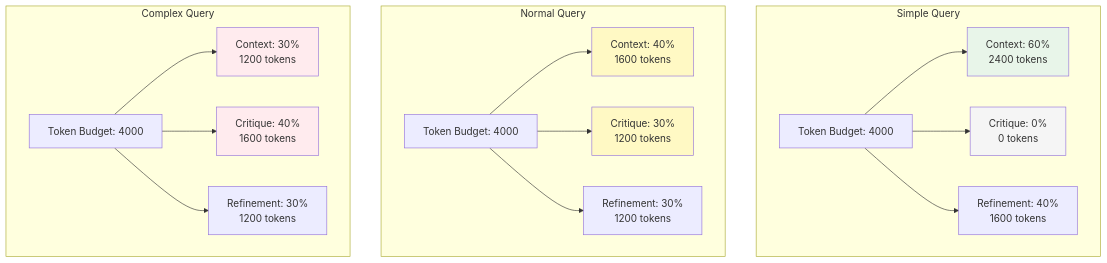
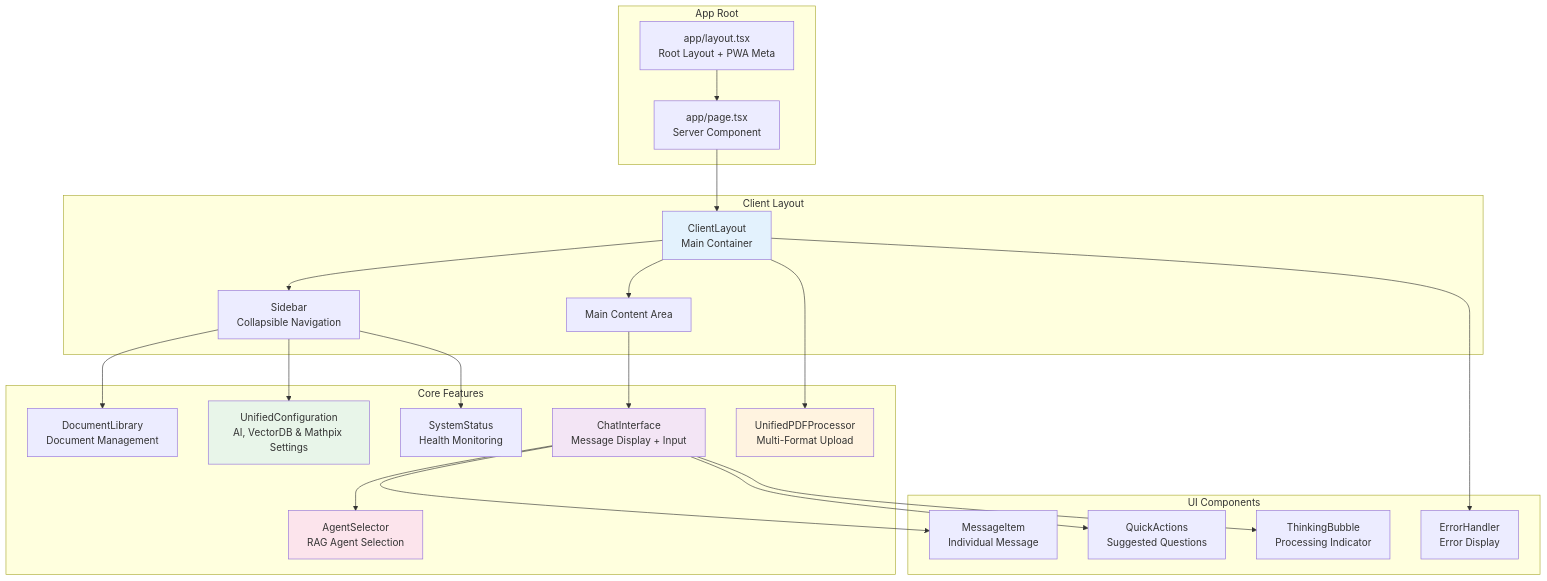
Diagram 14 of 16 in docs/ARCHITECTURE_FLOWS.md (Kedhareswer/QuantumPDF_ChatApp_VectorDB), drawn with Mermaid before and after one commit. The commit also changed other lines of this file and 58 other files, not shown here.

````diff
--- a/docs/ARCHITECTURE_FLOWS.md
+++ b/docs/ARCHITECTURE_FLOWS.md
@@ -588,42 +760,53 @@
 ```mermaid
 graph TB
-    subgraph "Simple Query"
-        S_BUDGET[Token Budget: 4000]
-        S_CONTEXT[Context: 60%<br/>2400 tokens]
-        S_CRITIQUE[Critique: 0%<br/>0 tokens]
-        S_REFINE[Refinement: 40%<br/>1600 tokens]
-
-        S_BUDGET --> S_CONTEXT
-        S_BUDGET --> S_CRITIQUE
-        S_BUDGET --> S_REFINE
+    subgraph "App Root"
+        LAYOUT[app/layout.tsx<br/>Root Layout + PWA Meta]
+        PAGE[app/page.tsx<br/>Server Component]
     end
 
-    subgraph "Normal Query"
-        N_BUDGET[Token Budget: 4000]
-        N_CONTEXT[Context: 40%<br/>1600 tokens]
-        N_CRITIQUE[Critique: 30%<br/>1200 tokens]
-        N_REFINE[Refinement: 30%<br/>1200 tokens]
-
-        N_BUDGET --> N_CONTEXT
-        N_BUDGET --> N_CRITIQUE
-        N_BUDGET --> N_REFINE
+    subgraph "Client Layout"
+        CLIENT[ClientLayout<br/>Main Container]
+        SIDEBAR[Sidebar<br/>Collapsible Navigation]
+        MAIN[Main Content Area]
     end
 
-    subgraph "Complex Query"
-        C_BUDGET[Token Budget: 4000]
-        C_CONTEXT[Context: 30%<br/>1200 tokens]
-        C_CRITIQUE[Critique: 40%<br/>1600 tokens]
-        C_REFINE[Refinement: 30%<br/>1200 tokens]
-
-        C_BUDGET --> C_CONTEXT
-        C_BUDGET --> C_CRITIQUE
-        C_BUDGET --> C_REFINE
+    subgraph "Core Features"
+        CHAT[ChatInterface<br/>Message Display + Input]
+        AGENT_SEL[AgentSelector<br/>RAG Agent Selection]
+        DOCS[DocumentLibrary<br/>Document Management]
+        UPLOAD[UnifiedPDFProcessor<br/>Multi-Format Upload]
+        CONFIG[UnifiedConfiguration<br/>AI, VectorDB & Mathpix Settings]
+        STATUS[SystemStatus<br/>Health Monitoring]
     end
 
-    style S_CONTEXT fill:#e8f5e9
-    style N_CONTEXT fill:#fff9c4
-    style C_CONTEXT fill:#ffebee
-    style S_CRITIQUE fill:#f5f5f5
-    style N_CRITIQUE fill:#fff9c4
-    style C_CRITIQUE fill:#ffebee
+    subgraph "UI Components"
+        MSG[MessageItem<br/>Individual Message]
+        QUICK[QuickActions<br/>Suggested Questions]
+        THINKING[ThinkingBubble<br/>Processing Indicator]
+        ERRORS[ErrorHandler<br/>Error Display]
+    end
+
+    LAYOUT --> PAGE
+    PAGE --> CLIENT
+    CLIENT --> SIDEBAR
+    CLIENT --> MAIN
+
+    SIDEBAR --> DOCS
+    SIDEBAR --> CONFIG
+    SIDEBAR --> STATUS
+
+    MAIN --> CHAT
+    CHAT --> AGENT_SEL
+    CHAT --> MSG
+    CHAT --> QUICK
+    CHAT --> THINKING
+
+    CLIENT --> UPLOAD
+    CLIENT --> ERRORS
+
+    style CLIENT fill:#e3f2fd
+    style CHAT fill:#f3e5f5
+    style UPLOAD fill:#fff3e0
+    style AGENT_SEL fill:#fce4ec
+    style CONFIG fill:#e8f5e9
 ```
````
